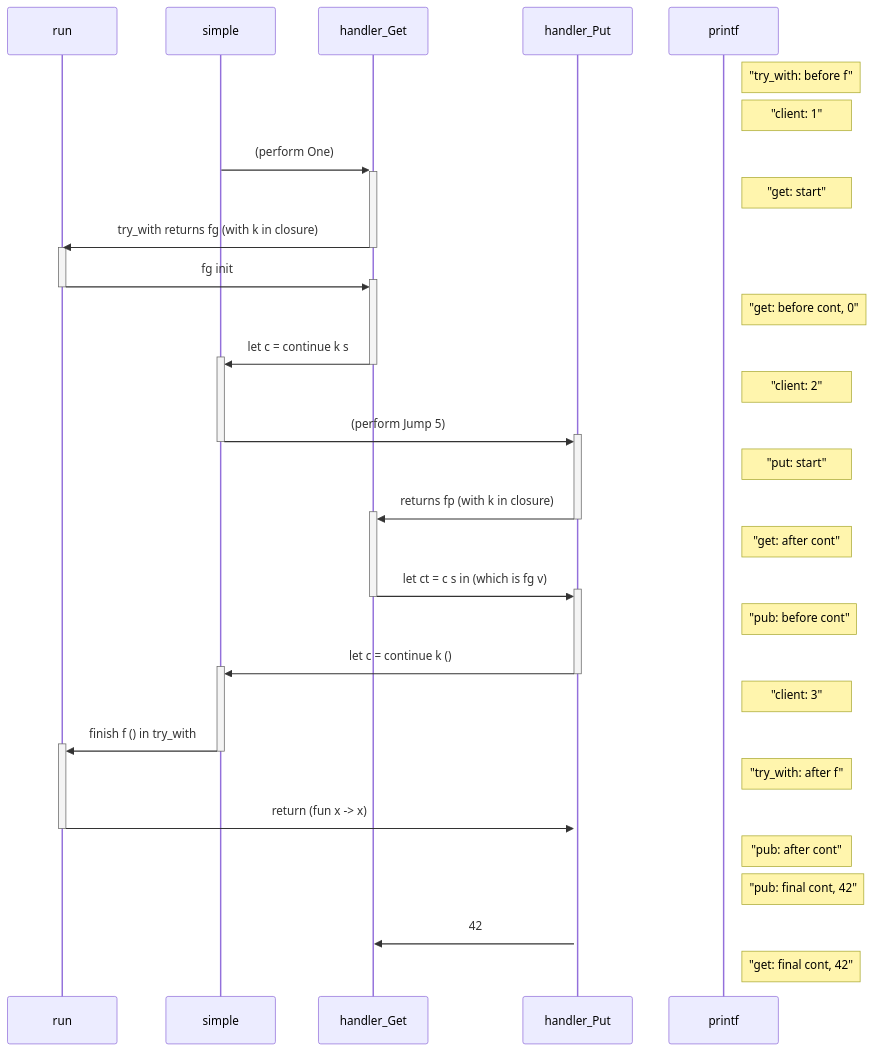
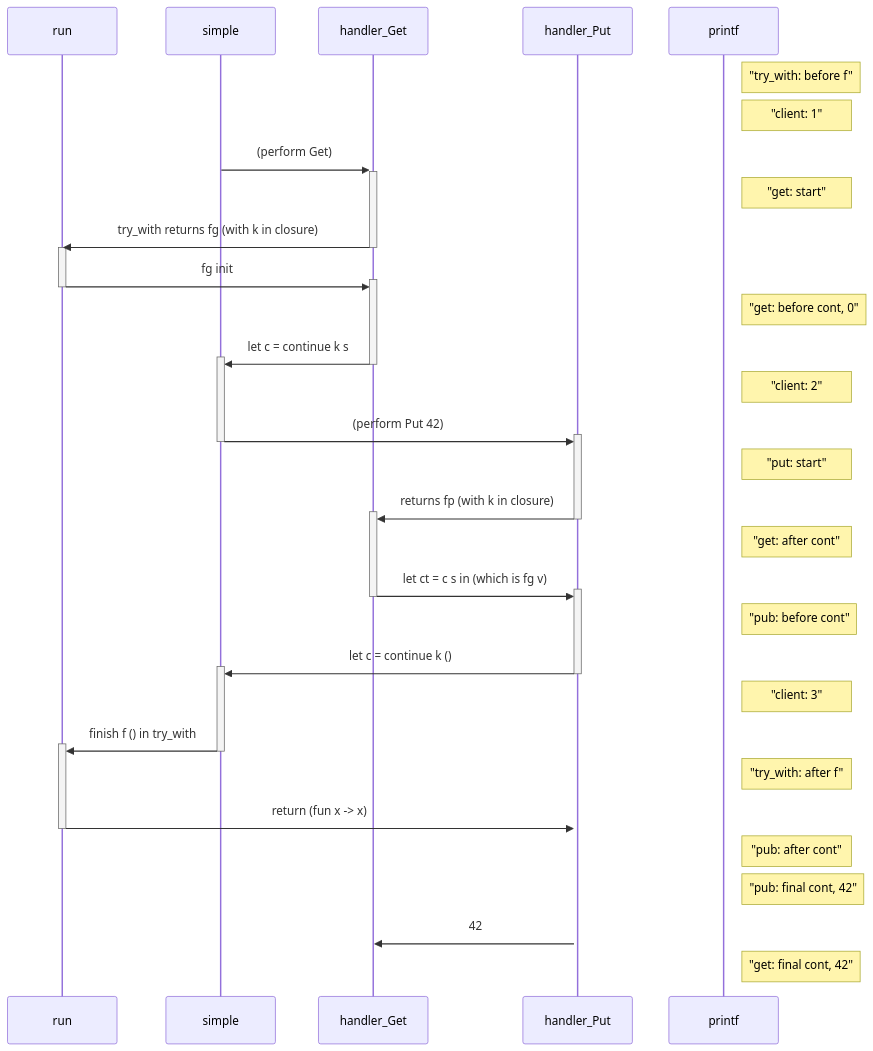
One commit to arbipher/ocaml-examples changed the diagram in ocaml5-play/t5.md. Above: the diagram before and after it, drawn with Mermaid.

````diff
--- a/ocaml5-play/t5.md
+++ b/ocaml5-play/t5.md
@@ -3,58 +3,58 @@
 ```mermaid
 sequenceDiagram
   participant rr as run
   participant ss as simple
   participant hg as handler_Get
   participant hp as handler_Put
   participant pp as printf
 
   Note right of pp: "try_with: before f"
   Note right of pp: "client: 1"
-  ss ->> +hg : (perform One)
+  ss ->> +hg : (perform Get)
   Note right of pp: "get: start"
 
   hg ->> -rr : try_with returns fg (with k in closure)
   activate rr
 
   rr ->> +hg : fg init
   deactivate rr
 
   Note right of pp: "get: before cont, 0"
 
   hg ->> +ss : let c = continue k s
   deactivate hg
 
   Note right of pp: "client: 2"
   
-  ss ->> +hp : (perform Jump 5)
+  ss ->> +hp : (perform Put 42)
   deactivate ss
 
   Note right of pp: "put: start"
   hp  ->> +hg : returns fp (with k in closure)
   deactivate hp
 
   Note right of pp: "get: after cont"
   hg  ->> +hp : let ct = c s in (which is fg v)
   deactivate hg
 
   Note right of pp: "pub: before cont"
   
   hp  ->> +ss : let c = continue k ()
   deactivate hp
 
   Note right of pp: "client: 3"
 
   ss ->> +rr : finish f () in try_with
   deactivate ss
 
   Note right of pp: "try_with: after f"
 
   rr ->> +hp : return (fun x -> x)
   deactivate rr
 
   Note right of pp: "pub: after cont"
   Note right of pp: "pub: final cont, 42"
 
   hp  ->> hg : 42
   Note right of pp: "get: final cont, 42"
 ```
````
